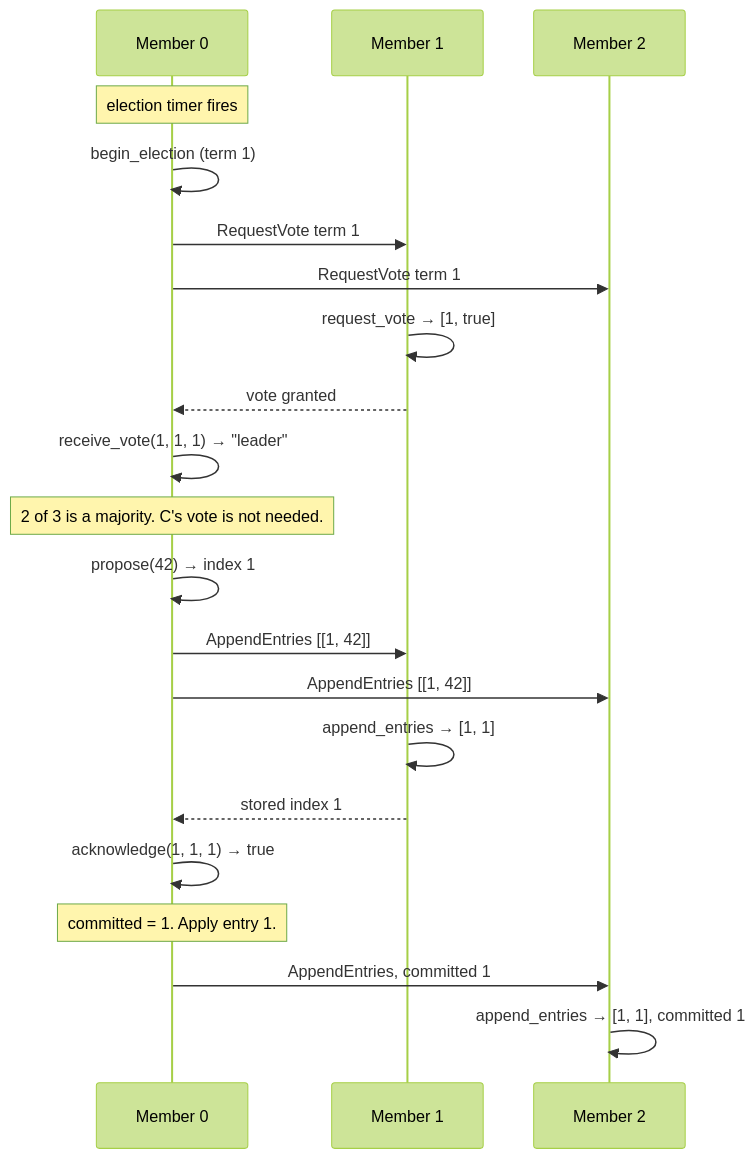
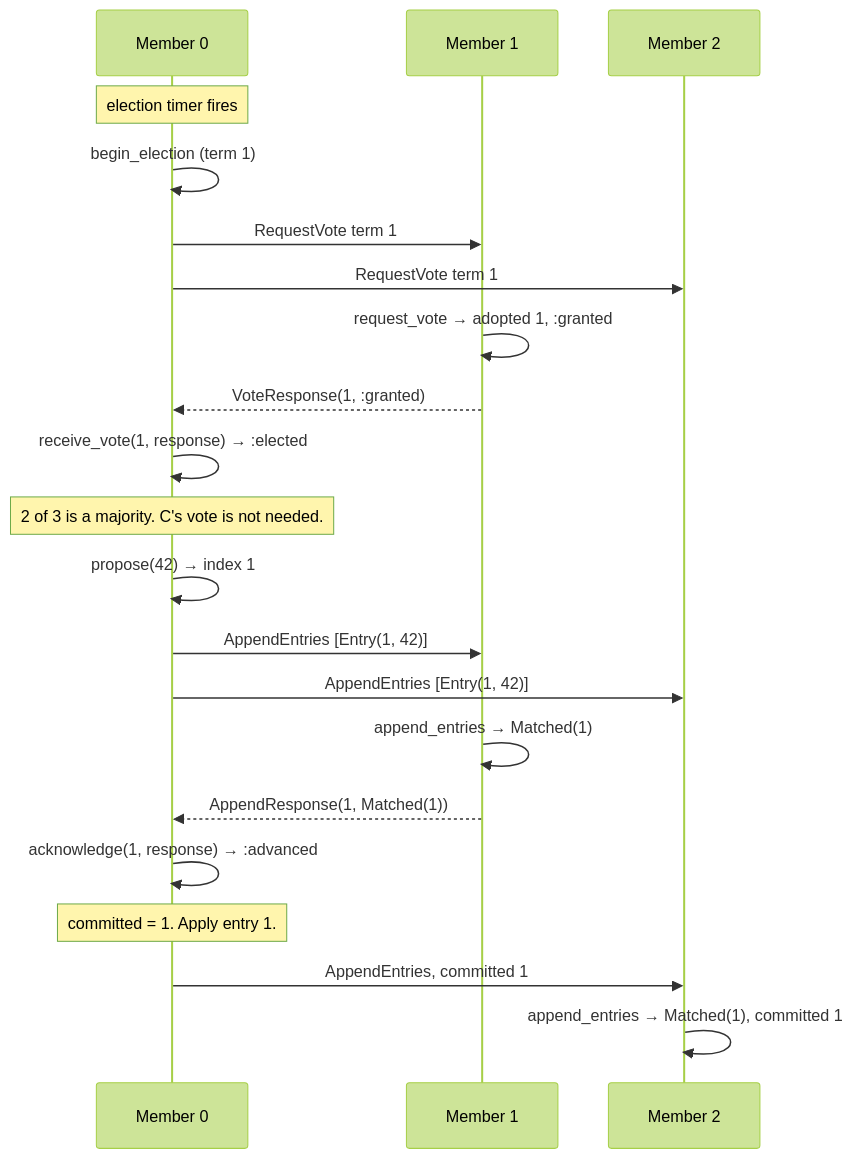
One commit to seuros/consensus_machines changed the second of 2 diagrams in README.md. Above: the diagram before and after it, drawn with Mermaid (forest theme). The commit also changed other lines of this file and 28 other files, not shown here.

````diff
--- a/README.md
+++ b/README.md
@@ -72,25 +77,25 @@
 ```mermaid
 sequenceDiagram
     participant A as Member 0
     participant B as Member 1
     participant C as Member 2
 
     Note over A: election timer fires
     A->>A: begin_election (term 1)
     A->>B: RequestVote term 1
     A->>C: RequestVote term 1
-    B->>B: request_vote → [1, true]
-    B-->>A: vote granted
-    A->>A: receive_vote(1, 1, 1) → "leader"
+    B->>B: request_vote → adopted 1, :granted
+    B-->>A: VoteResponse(1, :granted)
+    A->>A: receive_vote(1, response) → :elected
     Note over A: 2 of 3 is a majority. C's vote is not needed.
 
     A->>A: propose(42) → index 1
-    A->>B: AppendEntries [[1, 42]]
-    A->>C: AppendEntries [[1, 42]]
-    B->>B: append_entries → [1, 1]
-    B-->>A: stored index 1
-    A->>A: acknowledge(1, 1, 1) → true
+    A->>B: AppendEntries [Entry(1, 42)]
+    A->>C: AppendEntries [Entry(1, 42)]
+    B->>B: append_entries → Matched(1)
+    B-->>A: AppendResponse(1, Matched(1))
+    A->>A: acknowledge(1, response) → :advanced
     Note over A: committed = 1. Apply entry 1.
     A->>C: AppendEntries, committed 1
-    C->>C: append_entries → [1, 1], committed 1
+    C->>C: append_entries → Matched(1), committed 1
 ```
````
